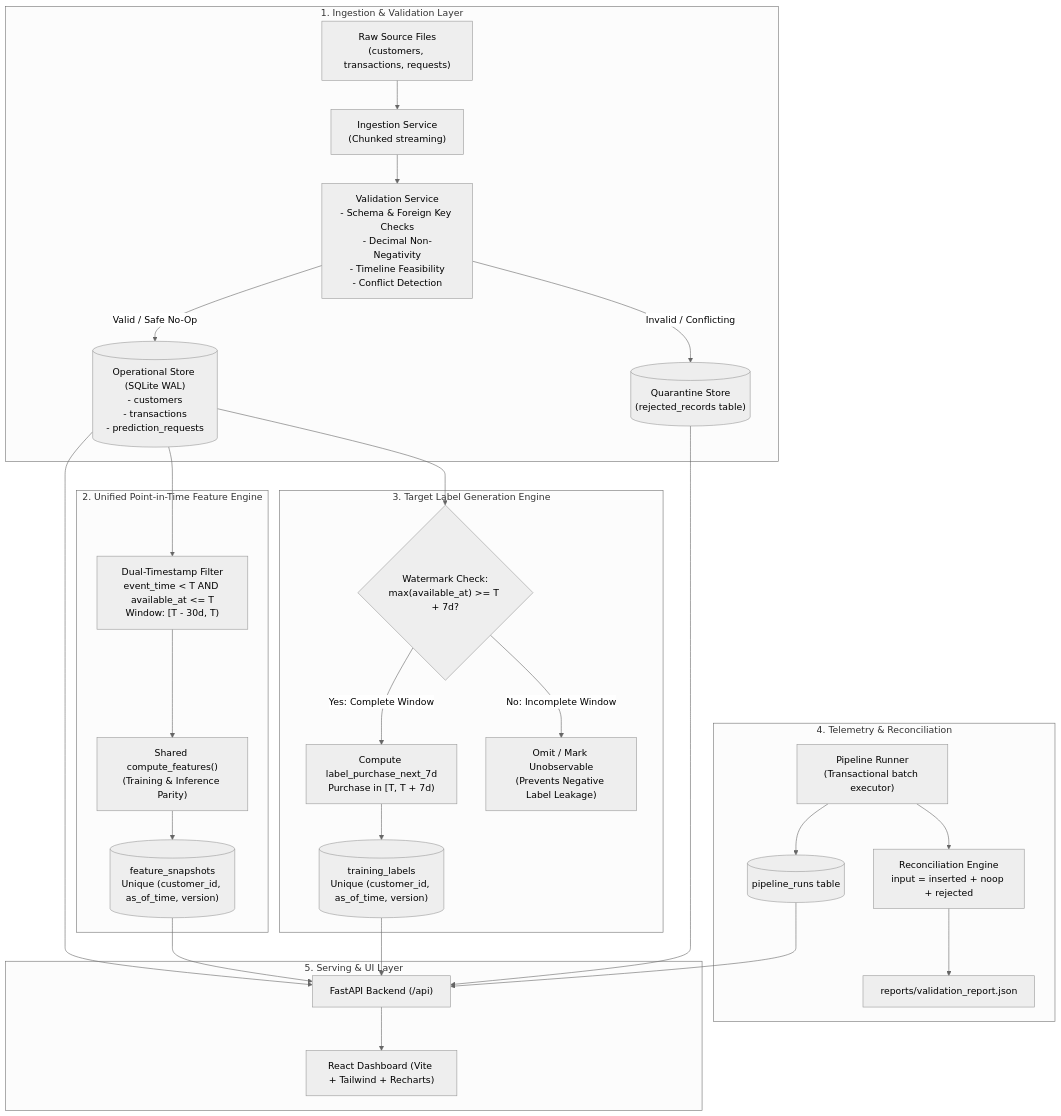
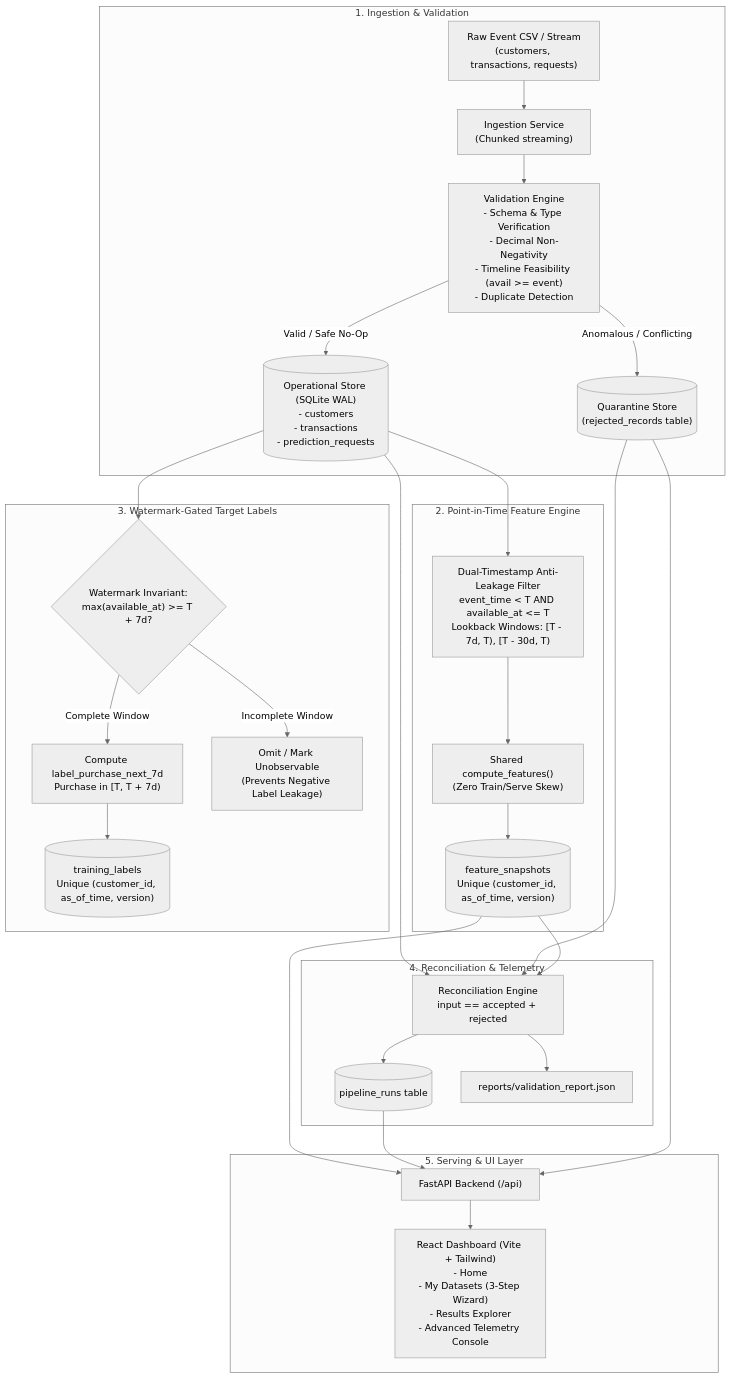
The first of 2 diagrams in README.md (hamid-razak-khan/timesafe-feature-pipeline), drawn with Mermaid (neutral theme) before and after one commit. The commit also changed other lines of this file and 3 other files, not shown here.

````diff
--- a/README.md
+++ b/README.md
@@ -29,33 +55,33 @@
 ```mermaid
 flowchart TD
-    subgraph Ingestion_Layer["1. Ingestion & Validation Layer"]
-        CSV["Raw Source Files\n(customers, transactions, requests)"] --> IngestSvc["Ingestion Service\n(Chunked streaming)"]
-        IngestSvc --> ValidSvc["Validation Service\n- Schema & Foreign Key Checks\n- Decimal Non-Negativity\n- Timeline Feasibility\n- Conflict Detection"]
-        ValidSvc -->|"Invalid / Conflicting"| Quarantine[("Quarantine Store\n(rejected_records table)")]
+    subgraph Ingestion["1. Ingestion & Validation"]
+        CSV["Raw Event CSV / Stream\n(customers, transactions, requests)"] --> IngestSvc["Ingestion Service\n(Chunked streaming)"]
+        IngestSvc --> ValidSvc["Validation Engine\n- Schema & Type Verification\n- Decimal Non-Negativity\n- Timeline Feasibility (avail >= event)\n- Duplicate Detection"]
+        ValidSvc -->|"Anomalous / Conflicting"| Quarantine[("Quarantine Store\n(rejected_records table)")]
         ValidSvc -->|"Valid / Safe No-Op"| CleanStore[("Operational Store (SQLite WAL)\n- customers\n- transactions\n- prediction_requests")]
     end
 
-    subgraph Feature_Layer["2. Unified Point-in-Time Feature Engine"]
-        CleanStore --> PITFilter["Dual-Timestamp Filter\nevent_time < T AND available_at <= T\nWindow: [T - 30d, T)"]
-        PITFilter --> SharedEngine["Shared compute_features()\n(Training & Inference Parity)"]
+    subgraph Feature_Engine["2. Point-in-Time Feature Engine"]
+        CleanStore --> PITFilter["Dual-Timestamp Anti-Leakage Filter\nevent_time < T AND available_at <= T\nLookback Windows: [T - 7d, T), [T - 30d, T)"]
+        PITFilter --> SharedEngine["Shared compute_features()\n(Zero Train/Serve Skew)"]
         SharedEngine --> Snapshots[("feature_snapshots\nUnique (customer_id, as_of_time, version)")]
     end
 
-    subgraph Label_Layer["3. Target Label Generation Engine"]
-        CleanStore --> WatermarkGate{"Watermark Check:\nmax(available_at) >= T + 7d?"}
-        WatermarkGate -->|"Yes: Complete Window"| LabelGen["Compute label_purchase_next_7d\nPurchase in [T, T + 7d)"]
-        WatermarkGate -->|"No: Incomplete Window"| DiscardLabel["Omit / Mark Unobservable\n(Prevents Negative Label Leakage)"]
-        LabelGen --> TrainingLabels[("training_labels\nUnique (customer_id, as_of_time, version)")]
+    subgraph Label_Engine["3. Watermark-Gated Target Labels"]
+        CleanStore --> WatermarkCheck{"Watermark Invariant:\nmax(available_at) >= T + 7d?"}
+        WatermarkCheck -->|"Complete Window"| GenLabel["Compute label_purchase_next_7d\nPurchase in [T, T + 7d)"]
+        WatermarkCheck -->|"Incomplete Window"| OmitLabel["Omit / Mark Unobservable\n(Prevents Negative Label Leakage)"]
+        GenLabel --> TrainingLabels[("training_labels\nUnique (customer_id, as_of_time, version)")]
     end
 
-    subgraph Observability_Layer["4. Telemetry & Reconciliation"]
-        PipelineRunner["Pipeline Runner\n(Transactional batch executor)"] --> RunLogs[("pipeline_runs table")]
-        PipelineRunner --> ReconEngine["Reconciliation Engine\ninput = inserted + noop + rejected"]
-        ReconEngine --> JSONReport["reports/validation_report.json"]
+    subgraph Audit["4. Reconciliation & Telemetry"]
+        CleanStore & Quarantine & Snapshots --> ReconEngine["Reconciliation Engine\ninput == accepted + rejected"]
+        ReconEngine --> RunLogs[("pipeline_runs table")]
+        ReconEngine --> AuditJSON["reports/validation_report.json"]
     end
 
-    subgraph Serving_Layer["5. Serving & UI Layer"]
-        CleanStore & Snapshots & TrainingLabels & RunLogs & Quarantine --> FastAPI["FastAPI Backend (/api)"]
-        FastAPI --> Dashboard["React Dashboard (Vite + Tailwind + Recharts)"]
+    subgraph Serving["5. Serving & UI Layer"]
+        Snapshots & RunLogs & Quarantine --> FastAPI["FastAPI Backend (/api)"]
+        FastAPI --> WebUI["React Dashboard (Vite + Tailwind)\n- Home\n- My Datasets (3-Step Wizard)\n- Results Explorer\n- Advanced Telemetry Console"]
     end
 ```
````
